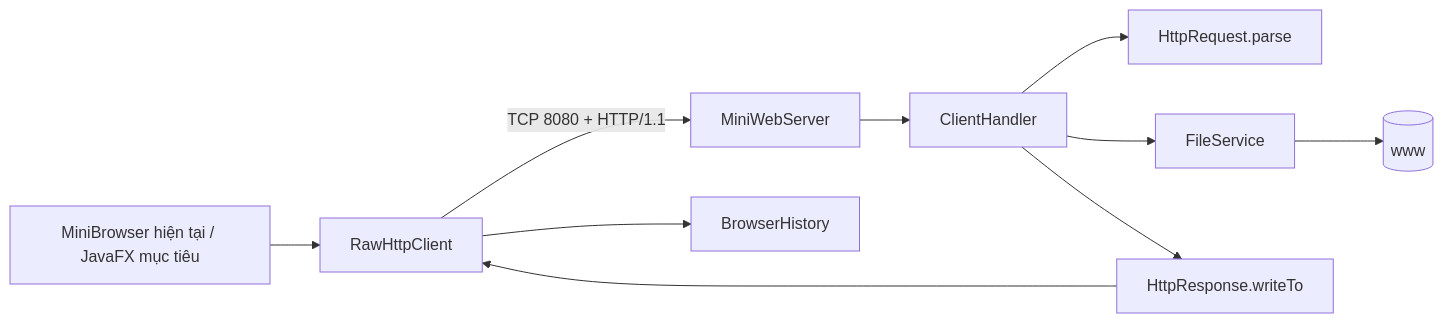
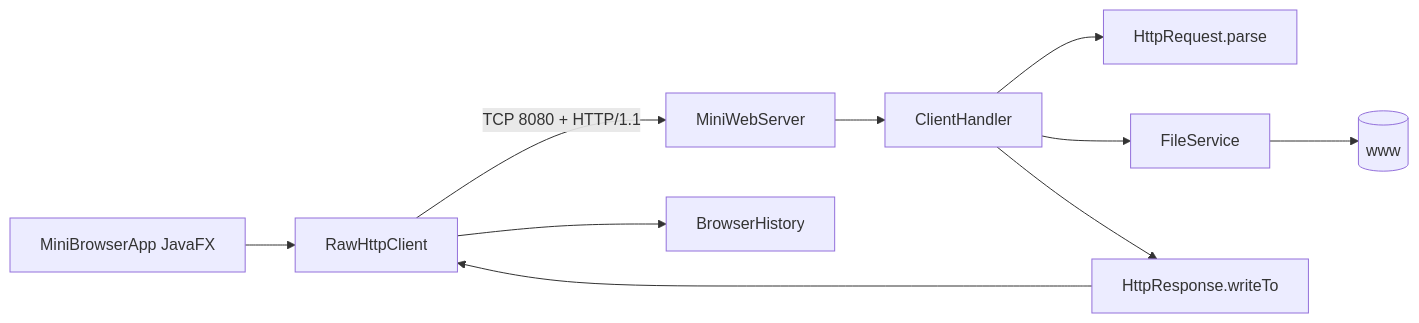
Before and after one commit to lequocdinhKt/5-lap-LTM: the diagram in lap4/ARCHITECTURE.md, drawn with Mermaid. The commit also changed other lines of this file and 106 other files, not shown here.

````diff
--- a/lap4/ARCHITECTURE.md
+++ b/lap4/ARCHITECTURE.md
@@ -3,12 +3,12 @@
 ```mermaid
 flowchart LR
-    UI[MiniBrowser hiện tại / JavaFX mục tiêu] --> C[RawHttpClient]
+    UI[MiniBrowserApp JavaFX] --> C[RawHttpClient]
     C -- TCP 8080 + HTTP/1.1 --> S[MiniWebServer]
     S --> H[ClientHandler]
     H --> Q[HttpRequest.parse]
     H --> F[FileService]
     H --> R[HttpResponse.writeTo]
     F --> W[(www)]
     R --> C
     C --> BH[BrowserHistory]
 ```
````
